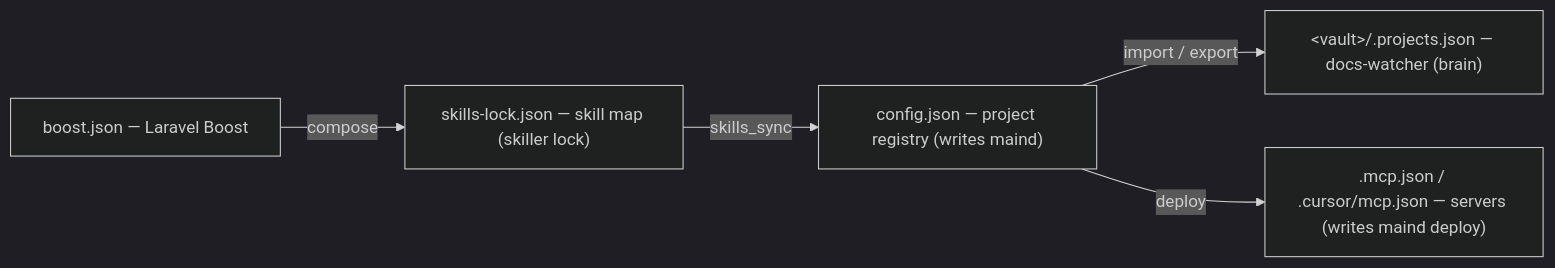
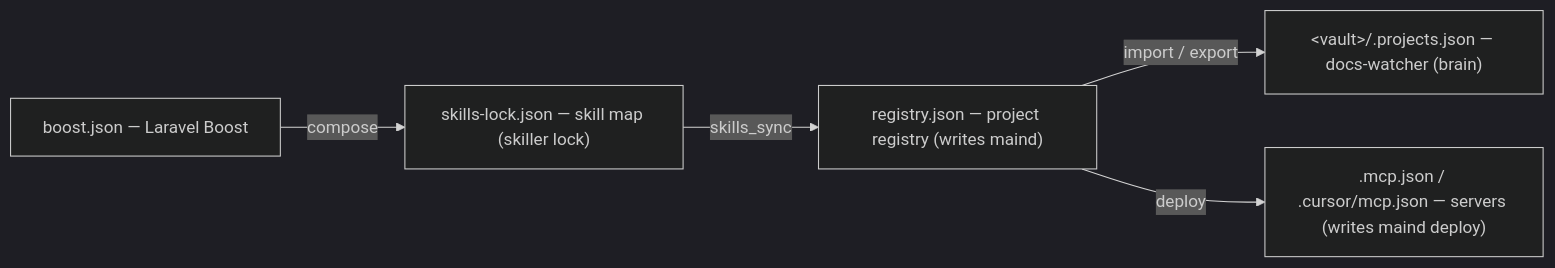
Before and after one commit to academici/swissknifeman: the fifth of 6 diagrams in packages/maind/docs/ecosystem.md, drawn with Mermaid (dark theme). The commit also changed other lines of this file and 74 other files, not shown here.

````diff
--- a/packages/maind/docs/ecosystem.md
+++ b/packages/maind/docs/ecosystem.md
@@ -118,12 +118,12 @@
 ```mermaid
 flowchart LR
-  MJ["config.json — project registry (writes maind)"]
+  MJ["registry.json — project registry (writes maind)"]
   PJ["&lt;vault&gt;/.projects.json — docs-watcher (brain)"]
   SL["skills-lock.json — skill map (skiller lock)"]
   BJ["boost.json — Laravel Boost"]
   MC[".mcp.json / .cursor/mcp.json — servers (writes maind deploy)"]
   BJ -->|compose| SL
   SL -->|skills_sync| MJ
   MJ -->|import / export| PJ
   MJ -->|deploy| MC
 ```
````
